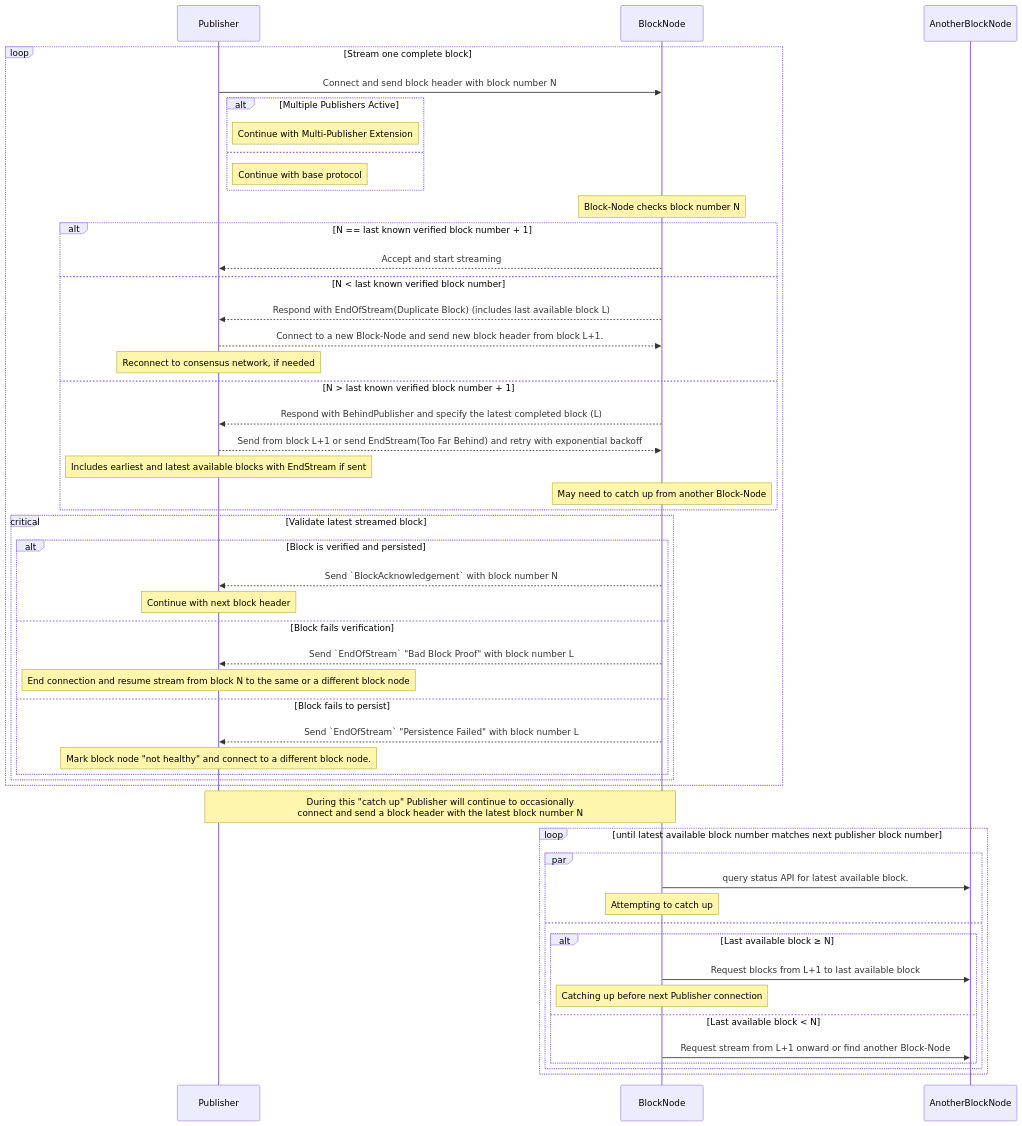
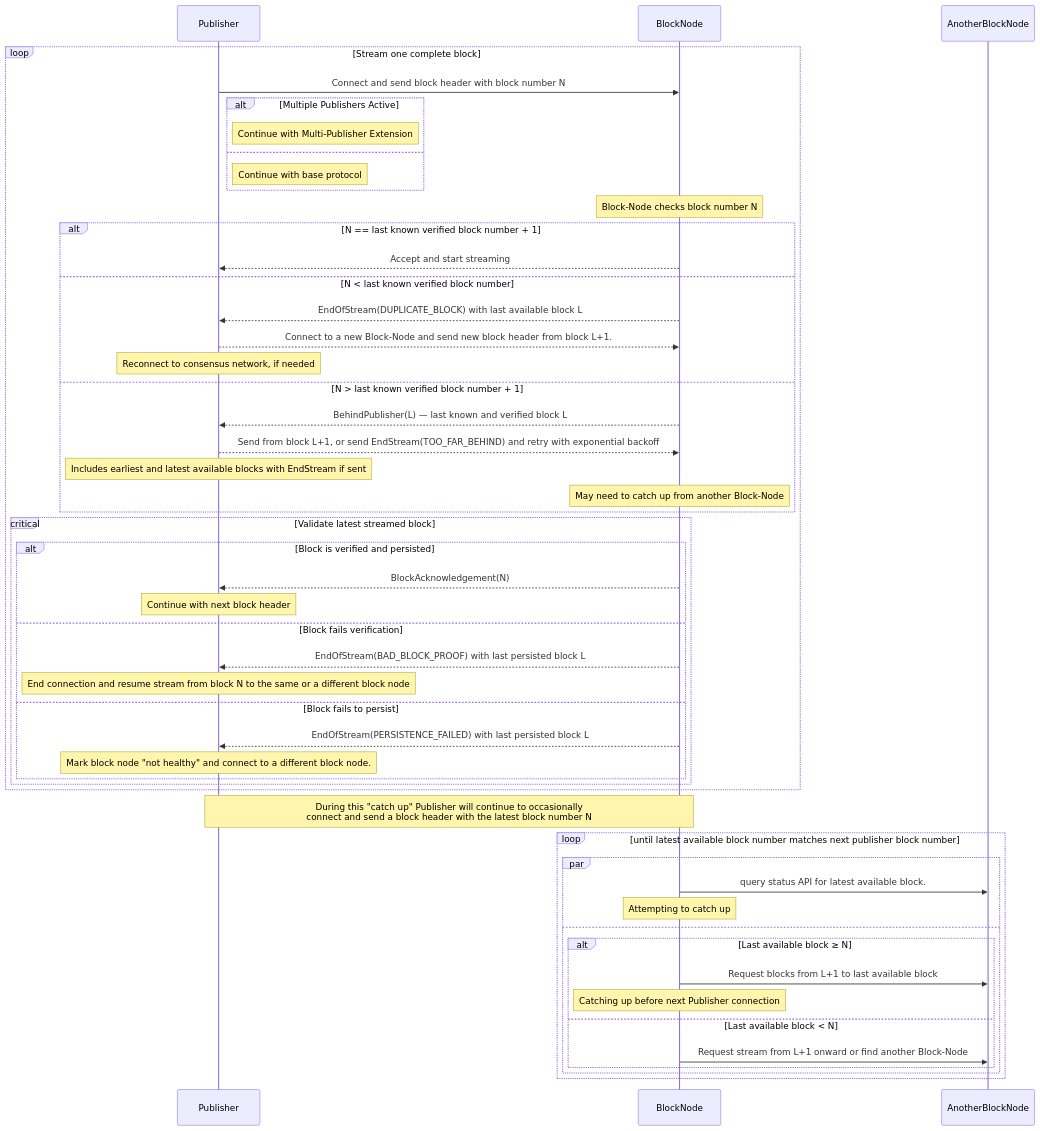
The first of 4 diagrams in docs/design/communication-protocol/publish-block-stream.md (hiero-ledger/hiero-block-node), drawn with Mermaid before and after one commit. The commit also changed other lines of this file, not shown here.

Commit message:
Add publisher design docs response expansion

````diff
--- a/docs/design/communication-protocol/publish-block-stream.md
+++ b/docs/design/communication-protocol/publish-block-stream.md
@@ -138,55 +175,55 @@
 ```mermaid
 sequenceDiagram
   participant Publisher
   participant BlockNode
   participant AnotherBlockNode
 
   loop Stream one complete block
     Publisher->>BlockNode: Connect and send block header with block number N
     alt Multiple Publishers Active
       Note right of Publisher: Continue with Multi-Publisher Extension
     else
       Note right of Publisher: Continue with base protocol
     end
     Note over BlockNode: Block-Node checks block number N
     alt N == last known verified block number + 1
       BlockNode-->>Publisher: Accept and start streaming
     else N < last known verified block number
-      BlockNode-->>Publisher: Respond with EndOfStream(Duplicate Block) (includes last available block L)
+      BlockNode-->>Publisher: EndOfStream(DUPLICATE_BLOCK) with last available block L
       Publisher-->>BlockNode: Connect to a new Block-Node and send new block header from block L+1.
       Note over Publisher: Reconnect to consensus network, if needed
     else N > last known verified block number + 1
-      BlockNode -->> Publisher: Respond with BehindPublisher and specify the latest completed block (L)
-      Publisher-->>BlockNode: Send from block L+1 or send EndStream(Too Far Behind) and retry with exponential backoff
+      BlockNode -->> Publisher: BehindPublisher(L) — last known and verified block L
+      Publisher-->>BlockNode: Send from block L+1, or send EndStream(TOO_FAR_BEHIND) and retry with exponential backoff
       Note over Publisher: Includes earliest and latest available blocks with EndStream if sent
       Note over BlockNode: May need to catch up from another Block-Node
     end
     critical Validate latest streamed block
       alt Block is verified and persisted
-        BlockNode-->>Publisher: Send `BlockAcknowledgement` with block number N
+        BlockNode-->>Publisher: BlockAcknowledgement(N)
         Note over Publisher: Continue with next block header
       else Block fails verification
-        BlockNode-->>Publisher: Send `EndOfStream` "Bad Block Proof" with block number L
+        BlockNode-->>Publisher: EndOfStream(BAD_BLOCK_PROOF) with last persisted block L
         Note over Publisher: End connection and resume stream from block N to the same or a different block node
       else Block fails to persist
-        BlockNode-->>Publisher: Send `EndOfStream` "Persistence Failed" with block number L
+        BlockNode-->>Publisher: EndOfStream(PERSISTENCE_FAILED) with last persisted block L
         Note over Publisher: Mark block node "not healthy" and connect to a different block node.
       end
     end
   end
 
   Note over Publisher,BlockNode: During this "catch up" Publisher will continue to occasionally<br/>connect and send a block header with the latest block number N
   loop until latest available block number matches next publisher block number
     par
       BlockNode->>AnotherBlockNode: query status API for latest available block.
       Note over BlockNode: Attempting to catch up
     and
       alt Last available block ≥ N
         BlockNode->>AnotherBlockNode: Request blocks from L+1 to last available block
         Note over BlockNode: Catching up before next Publisher connection
       else Last available block < N
         BlockNode->>AnotherBlockNode: Request stream from L+1 onward or find another Block-Node
       end
     end
   end
 ```
````
